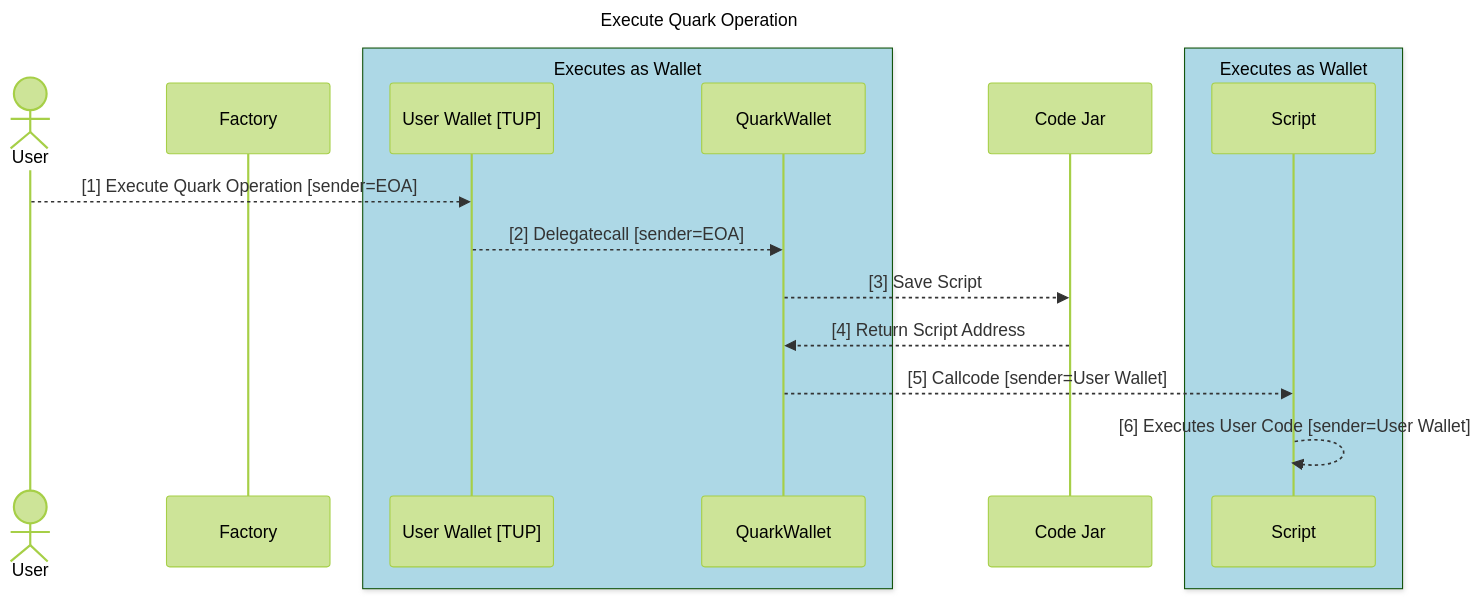
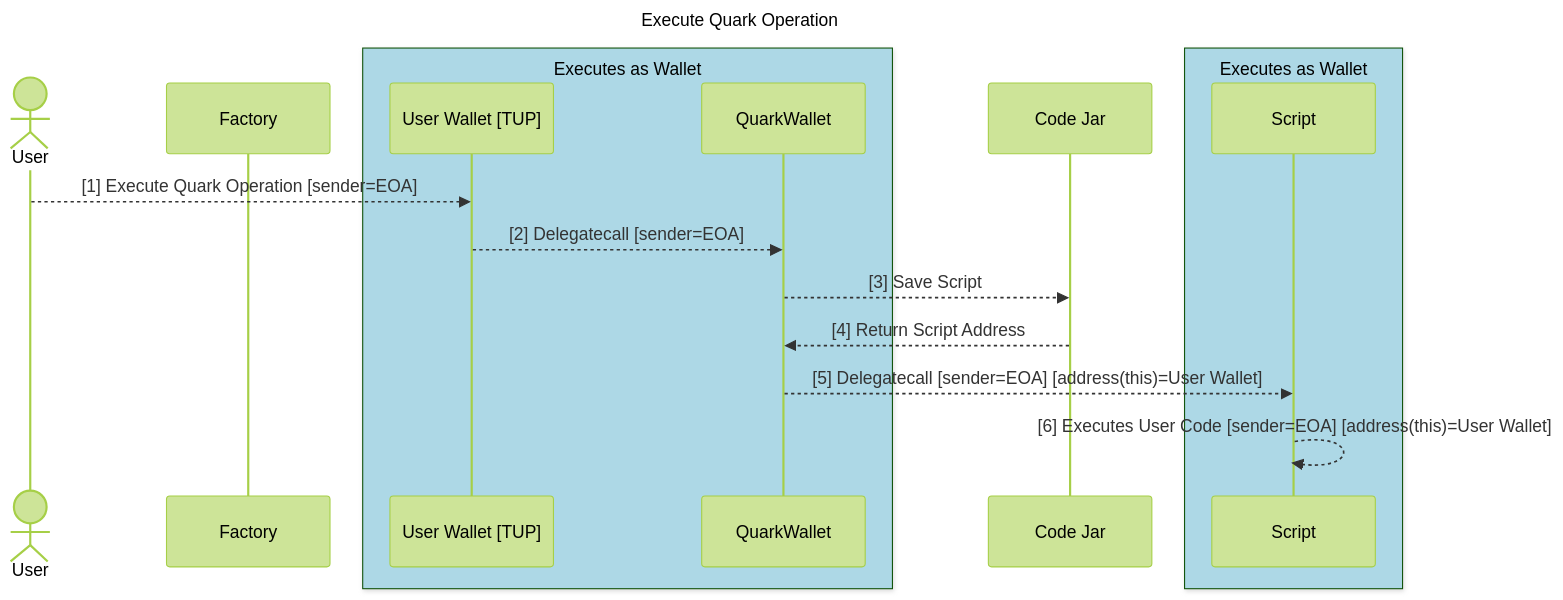
One commit to compound-finance/quark changed the second of 5 diagrams in diagrams/diagrams.md. Above: the diagram before and after it, drawn with Mermaid. The commit also changed other lines of this file and 11 other files, not shown here.

First line of the commit message:
Switch from `callcode` to `delegatecall` (#222)

````diff
--- a/diagrams/diagrams.md
+++ b/diagrams/diagrams.md
@@ -30,22 +30,22 @@
 ```mermaid
 sequenceDiagram title: Execute Quark Operation
     %%{init: {'theme': 'forest' } }%%
     actor User
     participant F as Factory
 
     box lightblue Executes as Wallet
     participant UW as User Wallet [TUP]
     participant QW as QuarkWallet
     end
     participant CJ as Code Jar
     box lightblue Executes as Wallet
     participant S as Script
     end
 
     User -->> UW: [1] Execute Quark Operation [sender=EOA]
     UW -->> QW: [2] Delegatecall [sender=EOA]
     QW -->> CJ: [3] Save Script
     CJ -->> QW: [4] Return Script Address
-    QW -->> S: [5] Callcode [sender=User Wallet]
-    S -->> S: [6] Executes User Code [sender=User Wallet]
+    QW -->> S: [5] Delegatecall [sender=EOA] [address(this)=User Wallet]
+    S -->> S: [6] Executes User Code [sender=EOA] [address(this)=User Wallet]
 ```
````
